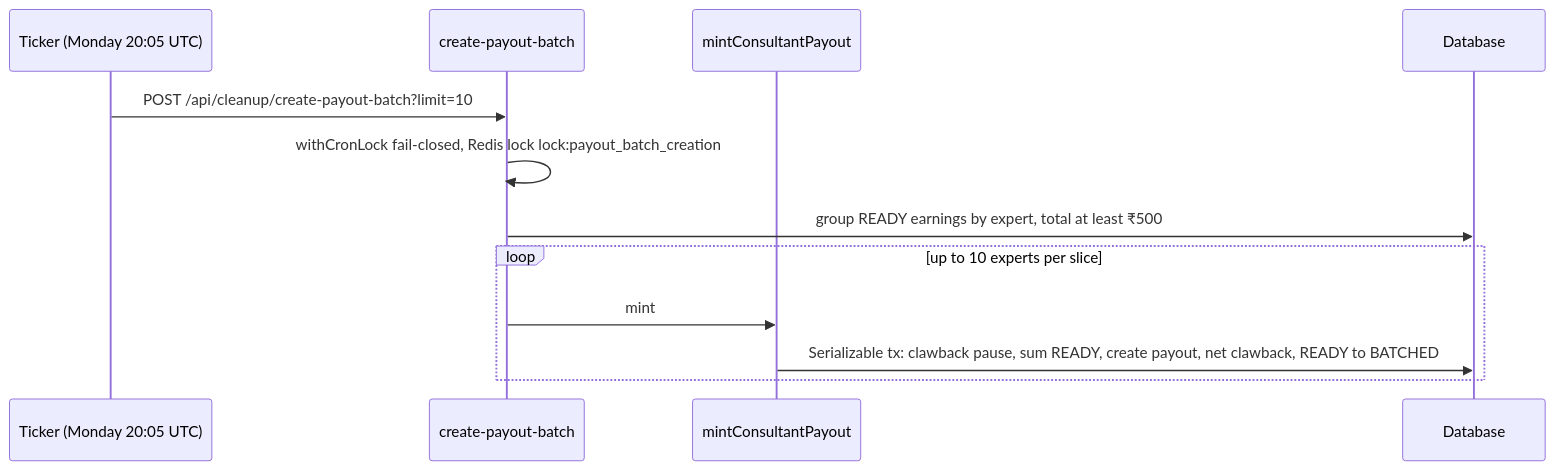
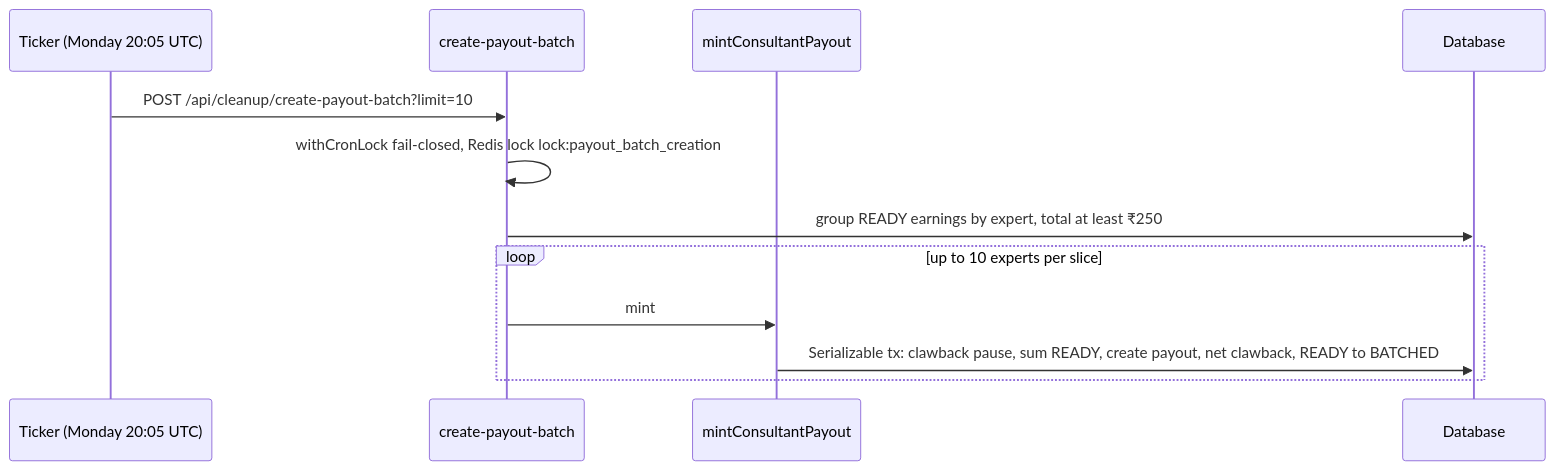
The first of 2 diagrams in docs/finance/40-payouts/03-consultant-payouts.md (Practitionist/familiarise_web), drawn with Mermaid before and after one commit. The commit also changed other lines of this file and 25 other files, not shown here.

````diff
--- a/docs/finance/40-payouts/03-consultant-payouts.md
+++ b/docs/finance/40-payouts/03-consultant-payouts.md
@@ -42,14 +42,14 @@
 ```mermaid
 sequenceDiagram
   participant T as Ticker (Monday 20:05 UTC)
   participant B as create-payout-batch
   participant S as mintConsultantPayout
   participant D as Database
   T->>B: POST /api/cleanup/create-payout-batch?limit=10
   B->>B: withCronLock fail-closed, Redis lock lock:payout_batch_creation
-  B->>D: group READY earnings by expert, total at least ₹500
+  B->>D: group READY earnings by expert, total at least ₹250
   loop up to 10 experts per slice
     B->>S: mint
     S->>D: Serializable tx: clawback pause, sum READY, create payout, net clawback, READY to BATCHED
   end
 ```
````
